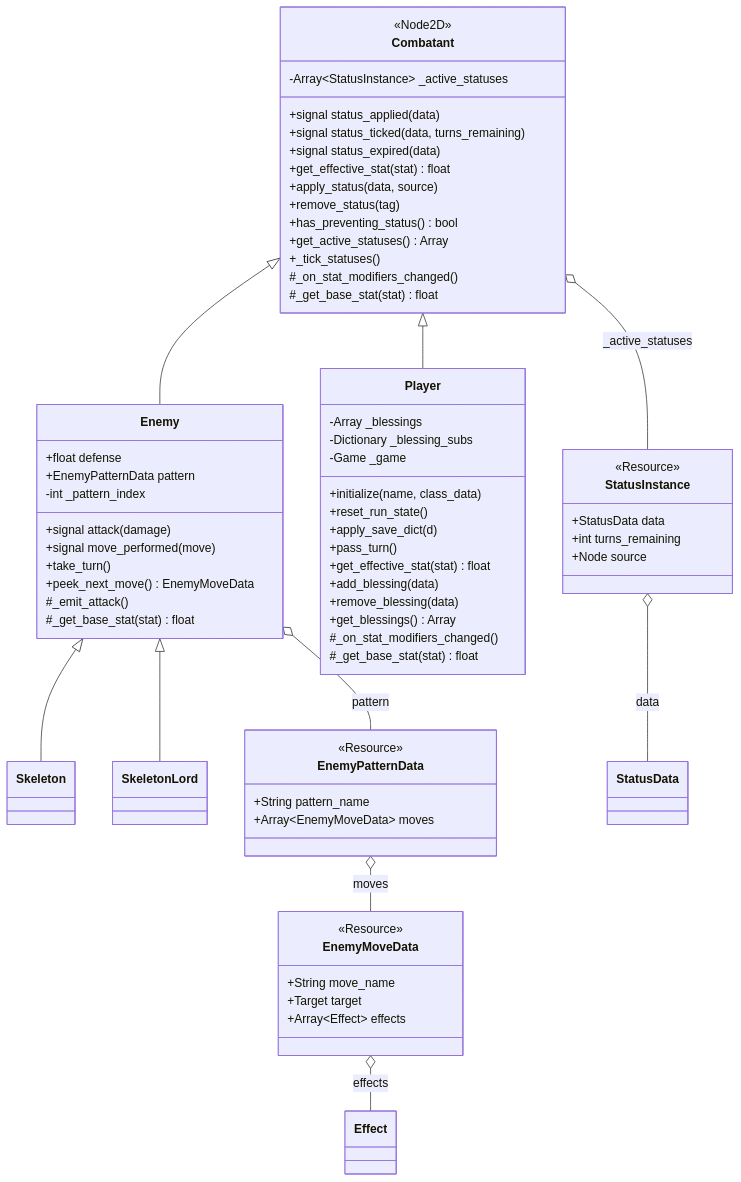
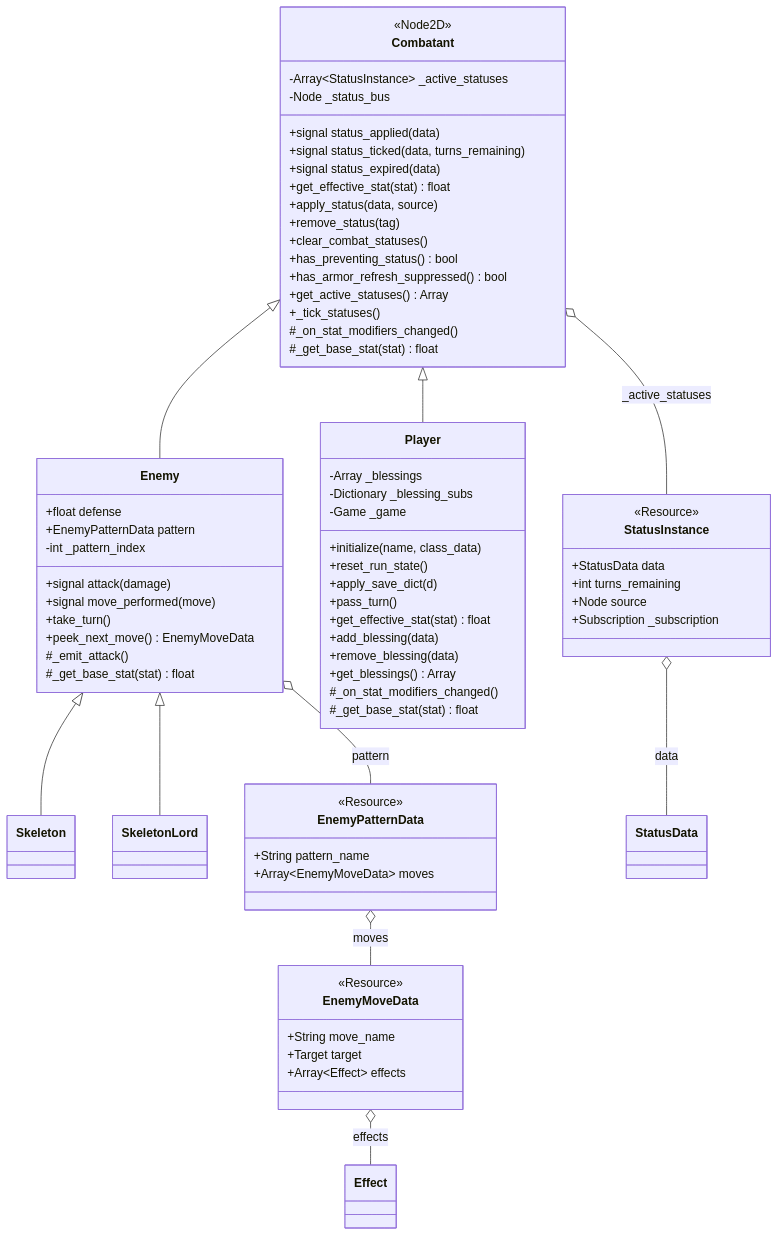
Before and after one commit to mjholder/crawler: the fifth of 5 diagrams in journal/architecture.md, drawn with Mermaid. The commit also changed other lines of this file and 25 other files, not shown here.

````diff
--- a/journal/architecture.md
+++ b/journal/architecture.md
@@ -481,75 +506,79 @@
 ```mermaid
 classDiagram
     class StatusInstance {
         <<Resource>>
         +StatusData data
         +int turns_remaining
         +Node source
+        +Subscription _subscription
     }
     class Combatant {
         <<Node2D>>
         +signal status_applied(data)
         +signal status_ticked(data, turns_remaining)
         +signal status_expired(data)
         -Array~StatusInstance~ _active_statuses
+        -Node _status_bus
         +get_effective_stat(stat) float
         +apply_status(data, source)
         +remove_status(tag)
+        +clear_combat_statuses()
         +has_preventing_status() bool
+        +has_armor_refresh_suppressed() bool
         +get_active_statuses() Array
         +_tick_statuses()
         #_on_stat_modifiers_changed()
         #_get_base_stat(stat) float
     }
     class Player {
         +initialize(name, class_data)
         +reset_run_state()
         +apply_save_dict(d)
         +pass_turn()
         +get_effective_stat(stat) float
         +add_blessing(data)
         +remove_blessing(data)
         +get_blessings() Array
         -Array _blessings
         -Dictionary _blessing_subs
         -Game _game
         #_on_stat_modifiers_changed()
         #_get_base_stat(stat) float
     }
     class Enemy {
         +signal attack(damage)
         +signal move_performed(move)
         +float defense
         +EnemyPatternData pattern
         -int _pattern_index
         +take_turn()
         +peek_next_move() EnemyMoveData
         #_emit_attack()
         #_get_base_stat(stat) float
     }
     class Skeleton {
     }
     class SkeletonLord {
     }
     class EnemyPatternData {
         <<Resource>>
         +String pattern_name
         +Array~EnemyMoveData~ moves
     }
     class EnemyMoveData {
         <<Resource>>
         +String move_name
         +Target target
         +Array~Effect~ effects
     }
 
     Combatant o-- StatusInstance : _active_statuses
     StatusInstance o-- StatusData : data
     Combatant <|-- Player
     Combatant <|-- Enemy
     Enemy <|-- Skeleton
     Enemy <|-- SkeletonLord
     Enemy o-- EnemyPatternData : pattern
     EnemyPatternData o-- EnemyMoveData : moves
     EnemyMoveData o-- Effect : effects
 ```
````
